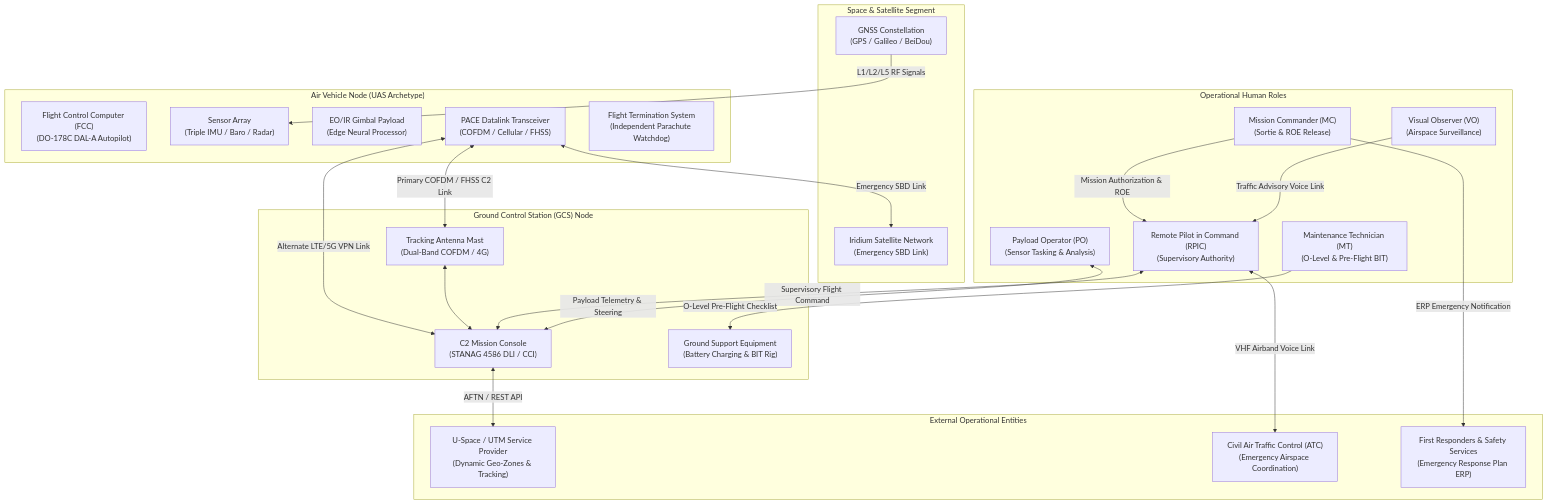
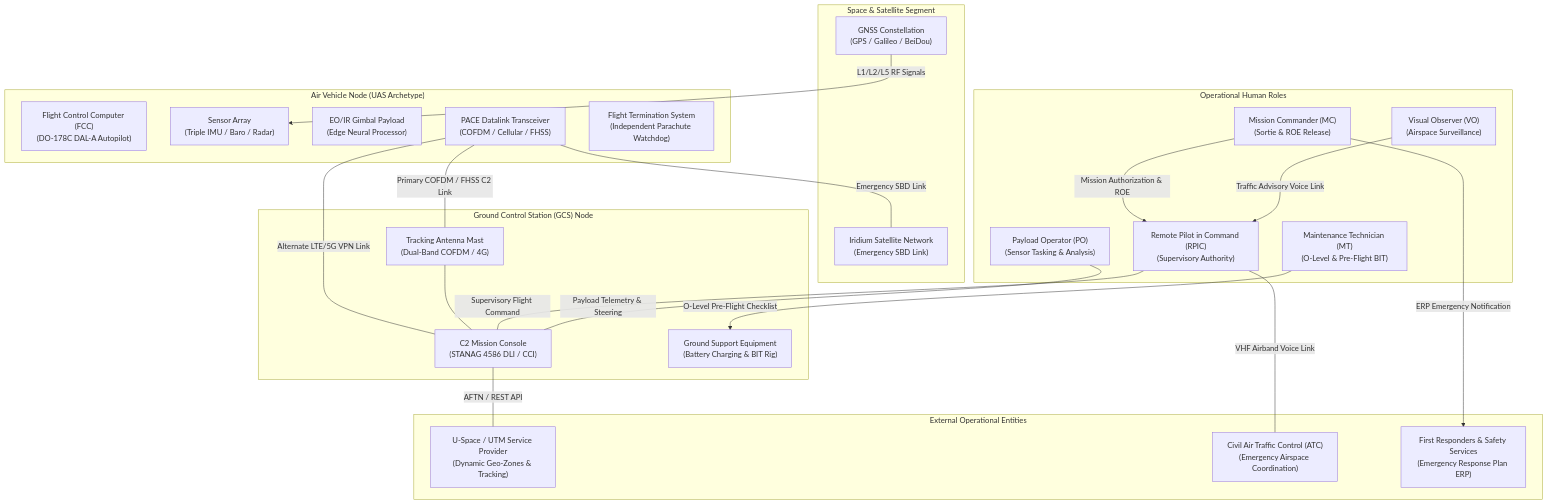
Before and after one commit to gintatkinson/DEAP01-spec-core: the diagram in docs/conops/units/conops/01_METADATA_AND_OVERVIEW.md, drawn with Mermaid. The commit also changed other lines of this file and 11 other files, not shown here.

Commit message:
fix(conops): correct Mermaid quoting, table formatting, and metadata in ConOps units

````diff
--- a/docs/conops/units/conops/01_METADATA_AND_OVERVIEW.md
+++ b/docs/conops/units/conops/01_METADATA_AND_OVERVIEW.md
@@ -38,51 +44,51 @@
 ```mermaid
 flowchart TB
     subgraph SpaceSegment["Space & Satellite Segment"]
-        GNSS["GNSS Constellation\n(GPS / Galileo / BeiDou)"]
-        SATCOM["Iridium Satellite Network\n(Emergency SBD Link)"]
+        GNSS["GNSS Constellation<br/>(GPS / Galileo / BeiDou)"]
+        SATCOM["Iridium Satellite Network<br/>(Emergency SBD Link)"]
     end
 
     subgraph AirSegment["Air Vehicle Node (UAS Archetype)"]
-        AV_FC["Flight Control Computer (FCC)\n(DO-178C DAL-A Autopilot)"]
-        AV_SENS["Sensor Array\n(Triple IMU / Baro / Radar)"]
-        AV_PAYLOAD["EO/IR Gimbal Payload\n(Edge Neural Processor)"]
-        AV_COMM["PACE Datalink Transceiver\n(COFDM / Cellular / FHSS)"]
-        AV_FTS["Flight Termination System\n(Independent Parachute Watchdog)"]
+        AV_FC["Flight Control Computer (FCC)<br/>(DO-178C DAL-A Autopilot)"]
+        AV_SENS["Sensor Array<br/>(Triple IMU / Baro / Radar)"]
+        AV_PAYLOAD["EO/IR Gimbal Payload<br/>(Edge Neural Processor)"]
+        AV_COMM["PACE Datalink Transceiver<br/>(COFDM / Cellular / FHSS)"]
+        AV_FTS["Flight Termination System<br/>(Independent Parachute Watchdog)"]
     end
 
     subgraph GroundSegment["Ground Control Station (GCS) Node"]
-        GCS_C2["C2 Mission Console\n(STANAG 4586 DLI / CCI)"]
-        GCS_ANT["Tracking Antenna Mast\n(Dual-Band COFDM / 4G)"]
-        GSE_BAT["Ground Support Equipment\n(Battery Charging & BIT Rig)"]
+        GCS_C2["C2 Mission Console<br/>(STANAG 4586 DLI / CCI)"]
+        GCS_ANT["Tracking Antenna Mast<br/>(Dual-Band COFDM / 4G)"]
+        GSE_BAT["Ground Support Equipment<br/>(Battery Charging & BIT Rig)"]
     end
 
     subgraph UserSegment["Operational Human Roles"]
-        RPIC["Remote Pilot in Command (RPIC)\n(Supervisory Authority)"]
-        PO["Payload Operator (PO)\n(Sensor Tasking & Analysis)"]
-        MC["Mission Commander (MC)\n(Sortie & ROE Release)"]
-        MT["Maintenance Technician (MT)\n(O-Level & Pre-Flight BIT)"]
-        VO["Visual Observer (VO)\n(Airspace Surveillance)"]
+        RPIC["Remote Pilot in Command (RPIC)<br/>(Supervisory Authority)"]
+        PO["Payload Operator (PO)<br/>(Sensor Tasking & Analysis)"]
+        MC["Mission Commander (MC)<br/>(Sortie & ROE Release)"]
+        MT["Maintenance Technician (MT)<br/>(O-Level & Pre-Flight BIT)"]
+        VO["Visual Observer (VO)<br/>(Airspace Surveillance)"]
     end
 
     subgraph ExternalSegment["External Operational Entities"]
-        UTM["U-Space / UTM Service Provider\n(Dynamic Geo-Zones & Tracking)"]
-        ATM["Civil Air Traffic Control (ATC)\n(Emergency Airspace Coordination)"]
-        EMERG["First Responders & Safety Services\n(Emergency Response Plan ERP)"]
+        UTM["U-Space / UTM Service Provider<br/>(Dynamic Geo-Zones & Tracking)"]
+        ATM["Civil Air Traffic Control (ATC)<br/>(Emergency Airspace Coordination)"]
+        EMERG["First Responders & Safety Services<br/>(Emergency Response Plan ERP)"]
     end
 
-    GNSS -->|L1/L2/L5 RF Signals| AV_SENS
-    AV_COMM <-->|Primary COFDM / FHSS C2 Link| GCS_ANT
-    AV_COMM <-->|Alternate LTE/5G VPN Link| GCS_C2
-    AV_COMM <-->|Emergency SBD Link| SATCOM
-    GCS_ANT <--> GCS_C2
+    GNSS -->|"L1/L2/L5 RF Signals"| AV_SENS
+    AV_COMM ---|"Primary COFDM / FHSS C2 Link"| GCS_ANT
+    AV_COMM ---|"Alternate LTE/5G VPN Link"| GCS_C2
+    AV_COMM ---|"Emergency SBD Link"| SATCOM
+    GCS_ANT --- GCS_C2
     
-    RPIC <-->|Supervisory Flight Command| GCS_C2
-    PO <-->|Payload Telemetry & Steering| GCS_C2
-    MC -->|Mission Authorization & ROE| RPIC
-    MT -->|O-Level Pre-Flight Checklist| GSE_BAT
-    VO -->|Traffic Advisory Voice Link| RPIC
+    RPIC ---|"Supervisory Flight Command"| GCS_C2
+    PO ---|"Payload Telemetry & Steering"| GCS_C2
+    MC -->|"Mission Authorization & ROE"| RPIC
+    MT -->|"O-Level Pre-Flight Checklist"| GSE_BAT
+    VO -->|"Traffic Advisory Voice Link"| RPIC
 
-    GCS_C2 <-->|AFTN / REST API| UTM
-    RPIC <-->|VHF Airband Voice Link| ATM
-    MC -->|ERP Emergency Notification| EMERG
+    GCS_C2 ---|"AFTN / REST API"| UTM
+    RPIC ---|"VHF Airband Voice Link"| ATM
+    MC -->|"ERP Emergency Notification"| EMERG
 ```
````
